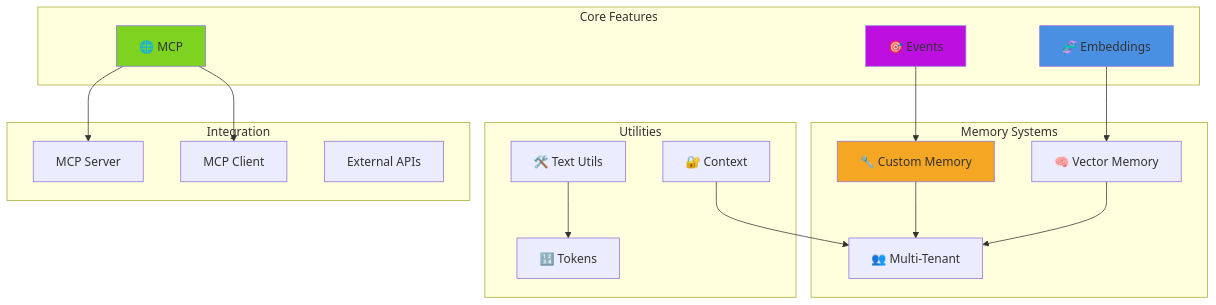
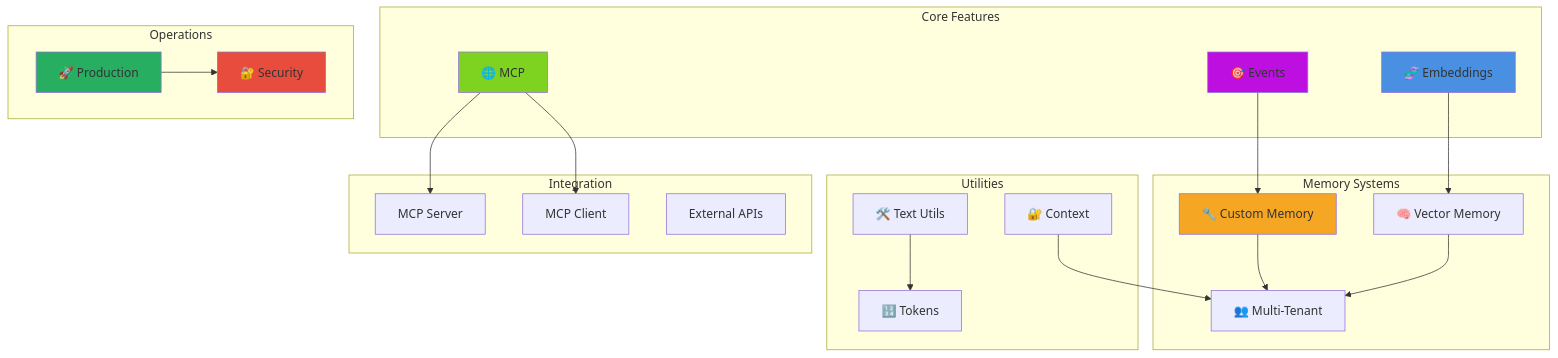
Before and after one commit to ortus-boxlang/bx-ai: the diagram in docs/advanced/README.md, drawn with Mermaid. The commit also changed other lines of this file and 15 other files, not shown here.

````diff
--- a/docs/advanced/README.md
+++ b/docs/advanced/README.md
@@ -12,42 +60,51 @@
 ```mermaid
 graph TB
     subgraph "Core Features"
         EMB[🧬 Embeddings]
         EVT[🎯 Events]
         MCP[🌐 MCP]
     end
 
     subgraph "Memory Systems"
         CM[🔧 Custom Memory]
         VM[🧠 Vector Memory]
         MT[👥 Multi-Tenant]
     end
 
     subgraph "Utilities"
         UTIL[🛠️ Text Utils]
         TOK[🔢 Tokens]
         CTX[🔐 Context]
     end
 
     subgraph "Integration"
         MCPS[MCP Server]
         MCPC[MCP Client]
         API[External APIs]
     end
 
+    subgraph "Operations"
+        PROD[🚀 Production]
+        SEC[🔐 Security]
+    end
+
     EMB --> VM
     EVT --> CM
     MCP --> MCPS
     MCP --> MCPC
 
     CM --> MT
     VM --> MT
 
     UTIL --> TOK
     CTX --> MT
+    
+    PROD --> SEC
 
     style EMB fill:#4A90E2
     style EVT fill:#BD10E0
+    style PROD fill:#27AE60
+    style SEC fill:#E74C3C
     style MCP fill:#7ED321
     style CM fill:#F5A623
 ```
````
